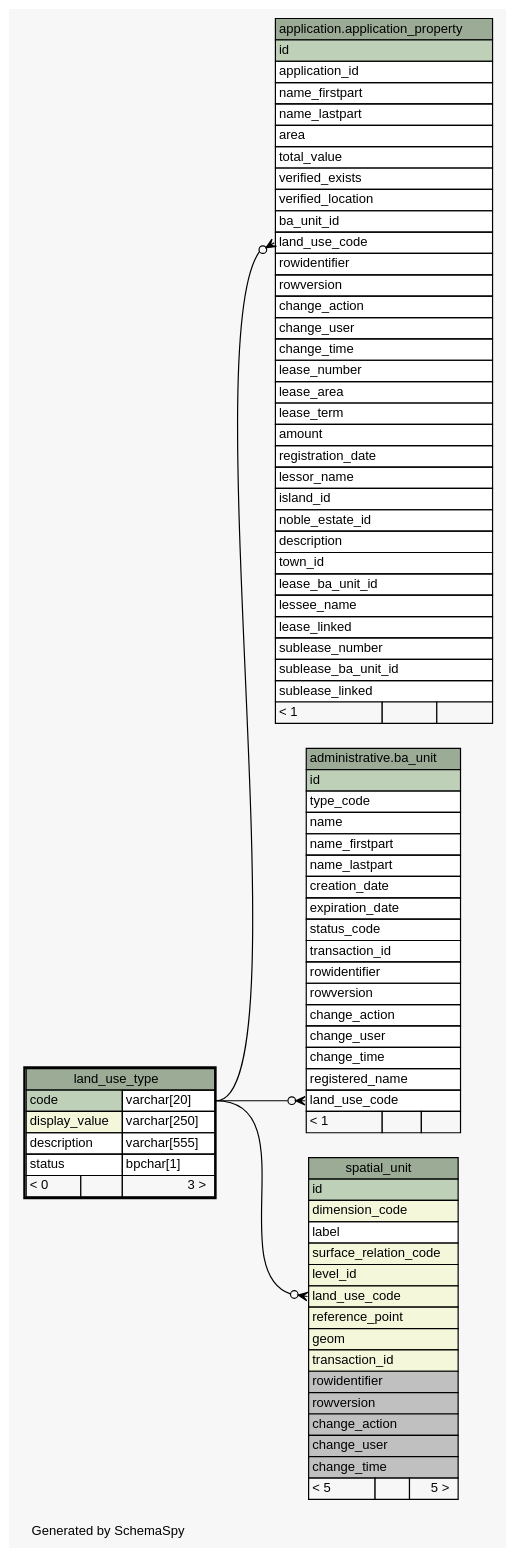
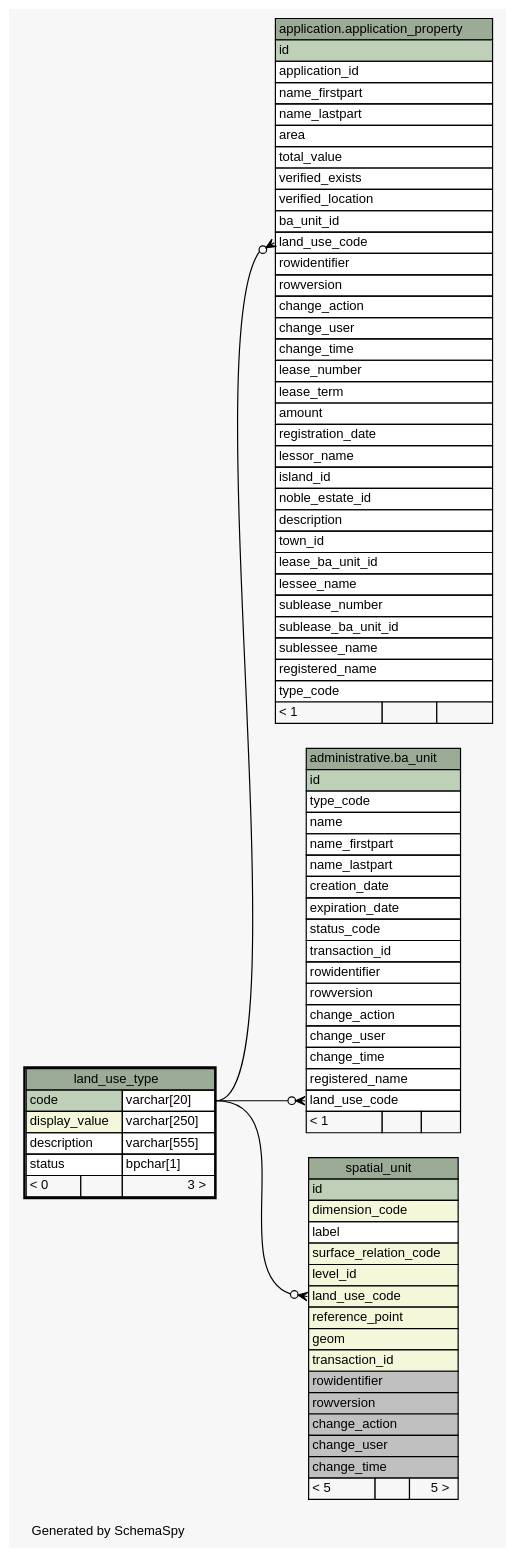
The diagram in doc/cadastre/diagrams/land_use_type.1degree.dot (SOLA-TONGA/database), drawn with Graphviz before and after one commit. The commit also changed 286 other files, not shown here.

```diff
--- a/doc/cadastre/diagrams/land_use_type.1degree.dot
+++ b/doc/cadastre/diagrams/land_use_type.1degree.dot
@@ -1,126 +1,126 @@
 // dot 2.36.0 on Windows 7 6.1
 // SchemaSpy rev 590
 digraph "oneDegreeRelationshipsDiagram" {
   graph [
     rankdir="RL"
     bgcolor="#f7f7f7"
     label="\nGenerated by SchemaSpy"
     labeljust="l"
     nodesep="0.18"
     ranksep="0.46"
     fontname="Helvetica"
     fontsize="11"
   ];
   node [
     fontname="Helvetica"
     fontsize="11"
     shape="plaintext"
   ];
   edge [
     arrowsize="0.8"
   ];
   "application.application_property":"land_use_code":w -> "land_use_type":"code.type":e [arrowhead=none dir=back arrowtail=crowodot];
   "administrative.ba_unit":"land_use_code":w -> "land_use_type":"code.type":e [arrowhead=none dir=back arrowtail=crowodot];
   "spatial_unit":"land_use_code":w -> "land_use_type":"code.type":e [arrowhead=none dir=back arrowtail=crowodot];
   "application.application_property" [
     label=<
     <TABLE BORDER="0" CELLBORDER="1" CELLSPACING="0" BGCOLOR="#ffffff">
       <TR><TD COLSPAN="3" BGCOLOR="#9bab96" ALIGN="CENTER">application.application_property</TD></TR>
       <TR><TD PORT="id" COLSPAN="3" BGCOLOR="#bed1b8" ALIGN="LEFT">id</TD></TR>
       <TR><TD PORT="application_id" COLSPAN="3" ALIGN="LEFT">application_id</TD></TR>
       <TR><TD PORT="name_firstpart" COLSPAN="3" ALIGN="LEFT">name_firstpart</TD></TR>
       <TR><TD PORT="name_lastpart" COLSPAN="3" ALIGN="LEFT">name_lastpart</TD></TR>
       <TR><TD PORT="area" COLSPAN="3" ALIGN="LEFT">area</TD></TR>
       <TR><TD PORT="total_value" COLSPAN="3" ALIGN="LEFT">total_value</TD></TR>
       <TR><TD PORT="verified_exists" COLSPAN="3" ALIGN="LEFT">verified_exists</TD></TR>
       <TR><TD PORT="verified_location" COLSPAN="3" ALIGN="LEFT">verified_location</TD></TR>
       <TR><TD PORT="ba_unit_id" COLSPAN="3" ALIGN="LEFT">ba_unit_id</TD></TR>
       <TR><TD PORT="land_use_code" COLSPAN="3" ALIGN="LEFT">land_use_code</TD></TR>
       <TR><TD PORT="rowidentifier" COLSPAN="3" ALIGN="LEFT">rowidentifier</TD></TR>
       <TR><TD PORT="rowversion" COLSPAN="3" ALIGN="LEFT">rowversion</TD></TR>
       <TR><TD PORT="change_action" COLSPAN="3" ALIGN="LEFT">change_action</TD></TR>
       <TR><TD PORT="change_user" COLSPAN="3" ALIGN="LEFT">change_user</TD></TR>
       <TR><TD PORT="change_time" COLSPAN="3" ALIGN="LEFT">change_time</TD></TR>
       <TR><TD PORT="lease_number" COLSPAN="3" ALIGN="LEFT">lease_number</TD></TR>
-      <TR><TD PORT="lease_area" COLSPAN="3" ALIGN="LEFT">lease_area</TD></TR>
       <TR><TD PORT="lease_term" COLSPAN="3" ALIGN="LEFT">lease_term</TD></TR>
       <TR><TD PORT="amount" COLSPAN="3" ALIGN="LEFT">amount</TD></TR>
       <TR><TD PORT="registration_date" COLSPAN="3" ALIGN="LEFT">registration_date</TD></TR>
       <TR><TD PORT="lessor_name" COLSPAN="3" ALIGN="LEFT">lessor_name</TD></TR>
       <TR><TD PORT="island_id" COLSPAN="3" ALIGN="LEFT">island_id</TD></TR>
       <TR><TD PORT="noble_estate_id" COLSPAN="3" ALIGN="LEFT">noble_estate_id</TD></TR>
       <TR><TD PORT="description" COLSPAN="3" ALIGN="LEFT">description</TD></TR>
       <TR><TD PORT="town_id" COLSPAN="3" ALIGN="LEFT">town_id</TD></TR>
       <TR><TD PORT="lease_ba_unit_id" COLSPAN="3" ALIGN="LEFT">lease_ba_unit_id</TD></TR>
       <TR><TD PORT="lessee_name" COLSPAN="3" ALIGN="LEFT">lessee_name</TD></TR>
-      <TR><TD PORT="lease_linked" COLSPAN="3" ALIGN="LEFT">lease_linked</TD></TR>
       <TR><TD PORT="sublease_number" COLSPAN="3" ALIGN="LEFT">sublease_number</TD></TR>
       <TR><TD PORT="sublease_ba_unit_id" COLSPAN="3" ALIGN="LEFT">sublease_ba_unit_id</TD></TR>
-      <TR><TD PORT="sublease_linked" COLSPAN="3" ALIGN="LEFT">sublease_linked</TD></TR>
+      <TR><TD PORT="sublessee_name" COLSPAN="3" ALIGN="LEFT">sublessee_name</TD></TR>
+      <TR><TD PORT="registered_name" COLSPAN="3" ALIGN="LEFT">registered_name</TD></TR>
+      <TR><TD PORT="type_code" COLSPAN="3" ALIGN="LEFT">type_code</TD></TR>
       <TR><TD ALIGN="LEFT" BGCOLOR="#f7f7f7">&lt; 1</TD><TD ALIGN="RIGHT" BGCOLOR="#f7f7f7">  </TD><TD ALIGN="RIGHT" BGCOLOR="#f7f7f7">  </TD></TR>
     </TABLE>>
     URL="../../application/tables/application_property.html"
     tooltip="application.application_property"
   ];
   "administrative.ba_unit" [
     label=<
     <TABLE BORDER="0" CELLBORDER="1" CELLSPACING="0" BGCOLOR="#ffffff">
       <TR><TD COLSPAN="3" BGCOLOR="#9bab96" ALIGN="CENTER">administrative.ba_unit</TD></TR>
       <TR><TD PORT="id" COLSPAN="3" BGCOLOR="#bed1b8" ALIGN="LEFT">id</TD></TR>
       <TR><TD PORT="type_code" COLSPAN="3" ALIGN="LEFT">type_code</TD></TR>
       <TR><TD PORT="name" COLSPAN="3" ALIGN="LEFT">name</TD></TR>
       <TR><TD PORT="name_firstpart" COLSPAN="3" ALIGN="LEFT">name_firstpart</TD></TR>
       <TR><TD PORT="name_lastpart" COLSPAN="3" ALIGN="LEFT">name_lastpart</TD></TR>
       <TR><TD PORT="creation_date" COLSPAN="3" ALIGN="LEFT">creation_date</TD></TR>
       <TR><TD PORT="expiration_date" COLSPAN="3" ALIGN="LEFT">expiration_date</TD></TR>
       <TR><TD PORT="status_code" COLSPAN="3" ALIGN="LEFT">status_code</TD></TR>
       <TR><TD PORT="transaction_id" COLSPAN="3" ALIGN="LEFT">transaction_id</TD></TR>
       <TR><TD PORT="rowidentifier" COLSPAN="3" ALIGN="LEFT">rowidentifier</TD></TR>
       <TR><TD PORT="rowversion" COLSPAN="3" ALIGN="LEFT">rowversion</TD></TR>
       <TR><TD PORT="change_action" COLSPAN="3" ALIGN="LEFT">change_action</TD></TR>
       <TR><TD PORT="change_user" COLSPAN="3" ALIGN="LEFT">change_user</TD></TR>
       <TR><TD PORT="change_time" COLSPAN="3" ALIGN="LEFT">change_time</TD></TR>
       <TR><TD PORT="registered_name" COLSPAN="3" ALIGN="LEFT">registered_name</TD></TR>
       <TR><TD PORT="land_use_code" COLSPAN="3" ALIGN="LEFT">land_use_code</TD></TR>
       <TR><TD ALIGN="LEFT" BGCOLOR="#f7f7f7">&lt; 1</TD><TD ALIGN="RIGHT" BGCOLOR="#f7f7f7">  </TD><TD ALIGN="RIGHT" BGCOLOR="#f7f7f7">  </TD></TR>
     </TABLE>>
     URL="../../administrative/tables/ba_unit.html"
     tooltip="administrative.ba_unit"
   ];
   "land_use_type" [
     label=<
     <TABLE BORDER="2" CELLBORDER="1" CELLSPACING="0" BGCOLOR="#ffffff">
       <TR><TD COLSPAN="3" BGCOLOR="#9bab96" ALIGN="CENTER">land_use_type</TD></TR>
       <TR><TD PORT="code" COLSPAN="2" BGCOLOR="#bed1b8" ALIGN="LEFT">code</TD><TD PORT="code.type" ALIGN="LEFT">varchar[20]</TD></TR>
       <TR><TD PORT="display_value" COLSPAN="2" BGCOLOR="#f4f7da" ALIGN="LEFT">display_value</TD><TD PORT="display_value.type" ALIGN="LEFT">varchar[250]</TD></TR>
       <TR><TD PORT="description" COLSPAN="2" ALIGN="LEFT">description</TD><TD PORT="description.type" ALIGN="LEFT">varchar[555]</TD></TR>
       <TR><TD PORT="status" COLSPAN="2" ALIGN="LEFT">status</TD><TD PORT="status.type" ALIGN="LEFT">bpchar[1]</TD></TR>
       <TR><TD ALIGN="LEFT" BGCOLOR="#f7f7f7">&lt; 0</TD><TD ALIGN="RIGHT" BGCOLOR="#f7f7f7">  </TD><TD ALIGN="RIGHT" BGCOLOR="#f7f7f7">3 &gt;</TD></TR>
     </TABLE>>
     URL="land_use_type.html"
     tooltip="land_use_type"
   ];
   "spatial_unit" [
     label=<
     <TABLE BORDER="0" CELLBORDER="1" CELLSPACING="0" BGCOLOR="#ffffff">
       <TR><TD COLSPAN="3" BGCOLOR="#9bab96" ALIGN="CENTER">spatial_unit</TD></TR>
       <TR><TD PORT="id" COLSPAN="3" BGCOLOR="#bed1b8" ALIGN="LEFT">id</TD></TR>
       <TR><TD PORT="dimension_code" COLSPAN="3" BGCOLOR="#f4f7da" ALIGN="LEFT">dimension_code</TD></TR>
       <TR><TD PORT="label" COLSPAN="3" ALIGN="LEFT">label</TD></TR>
       <TR><TD PORT="surface_relation_code" COLSPAN="3" BGCOLOR="#f4f7da" ALIGN="LEFT">surface_relation_code</TD></TR>
       <TR><TD PORT="level_id" COLSPAN="3" BGCOLOR="#f4f7da" ALIGN="LEFT">level_id</TD></TR>
       <TR><TD PORT="land_use_code" COLSPAN="3" BGCOLOR="#f4f7da" ALIGN="LEFT">land_use_code</TD></TR>
       <TR><TD PORT="reference_point" COLSPAN="3" BGCOLOR="#f4f7da" ALIGN="LEFT">reference_point</TD></TR>
       <TR><TD PORT="geom" COLSPAN="3" BGCOLOR="#f4f7da" ALIGN="LEFT">geom</TD></TR>
       <TR><TD PORT="transaction_id" COLSPAN="3" BGCOLOR="#f4f7da" ALIGN="LEFT">transaction_id</TD></TR>
       <TR><TD PORT="rowidentifier" COLSPAN="3" BGCOLOR="#c0c0c0" ALIGN="LEFT">rowidentifier</TD></TR>
       <TR><TD PORT="rowversion" COLSPAN="3" BGCOLOR="#c0c0c0" ALIGN="LEFT">rowversion</TD></TR>
       <TR><TD PORT="change_action" COLSPAN="3" BGCOLOR="#c0c0c0" ALIGN="LEFT">change_action</TD></TR>
       <TR><TD PORT="change_user" COLSPAN="3" BGCOLOR="#c0c0c0" ALIGN="LEFT">change_user</TD></TR>
       <TR><TD PORT="change_time" COLSPAN="3" BGCOLOR="#c0c0c0" ALIGN="LEFT">change_time</TD></TR>
       <TR><TD ALIGN="LEFT" BGCOLOR="#f7f7f7">&lt; 5</TD><TD ALIGN="RIGHT" BGCOLOR="#f7f7f7">  </TD><TD ALIGN="RIGHT" BGCOLOR="#f7f7f7">5 &gt;</TD></TR>
     </TABLE>>
     URL="spatial_unit.html"
     tooltip="spatial_unit"
   ];
 }
```
